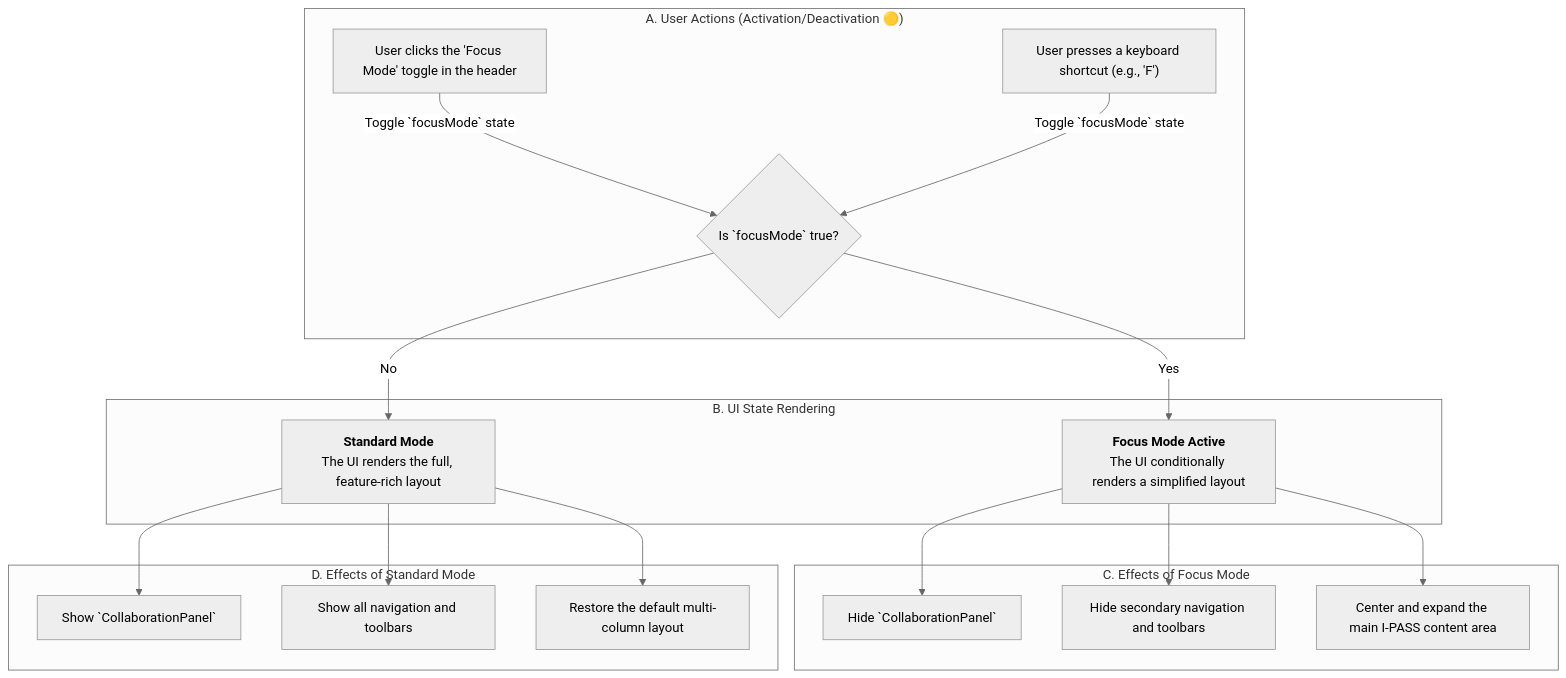
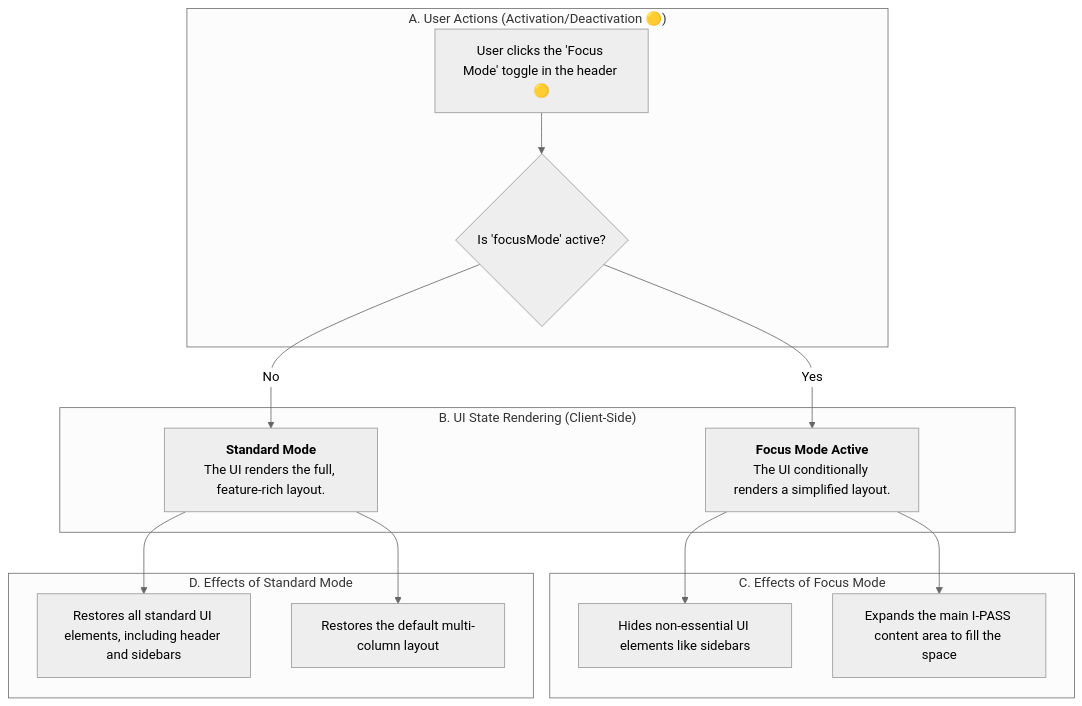
One commit to LuisCusihuaman/relevo-static-poc changed the diagram in docs/features/05-focus-mode.md. Above: the diagram before and after it, drawn with Mermaid (neutral theme). The commit also changed other lines of this file and 5 other files, not shown here.

````diff
--- a/docs/features/05-focus-mode.md
+++ b/docs/features/05-focus-mode.md
@@ -10,26 +11,21 @@
 ```mermaid
 graph TD
     subgraph "A. User Actions (Activation/Deactivation 🟡)"
-        A1["User clicks the 'Focus Mode' toggle in the header"]
-        A2["User presses a keyboard shortcut (e.g., 'F')"]
-        
-        A1 & A2 -- "Toggle `focusMode` state" --> B{"Is `focusMode` true?"}
+        A1["User clicks the 'Focus Mode' toggle in the header 🟡"] --> B{"Is 'focusMode' active?"}
     end
 
-    subgraph "B. UI State Rendering"
-        B -- Yes --> C["<b>Focus Mode Active</b><br/>The UI conditionally renders a simplified layout"]
-        B -- No --> D["<b>Standard Mode</b><br/>The UI renders the full, feature-rich layout"]
+    subgraph "B. UI State Rendering (Client-Side)"
+        B -- Yes --> C["<b>Focus Mode Active</b><br/>The UI conditionally renders a simplified layout."]
+        B -- No --> D["<b>Standard Mode</b><br/>The UI renders the full, feature-rich layout."]
     end
 
     subgraph "C. Effects of Focus Mode"
-        C --> C1["Hide `CollaborationPanel`"]
-        C --> C2["Hide secondary navigation and toolbars"]
-        C --> C3["Center and expand the main I-PASS content area"]
+        C --> C1["Hides non-essential UI elements like sidebars"]
+        C --> C2["Expands the main I-PASS content area to fill the space"]
     end
     
     subgraph "D. Effects of Standard Mode"
-        D --> D1["Show `CollaborationPanel`"]
-        D --> D2["Show all navigation and toolbars"]
-        D --> D3["Restore the default multi-column layout"]
+        D --> D1["Restores all standard UI elements, including header and sidebars"]
+        D --> D2["Restores the default multi-column layout"]
     end
 ```
````
